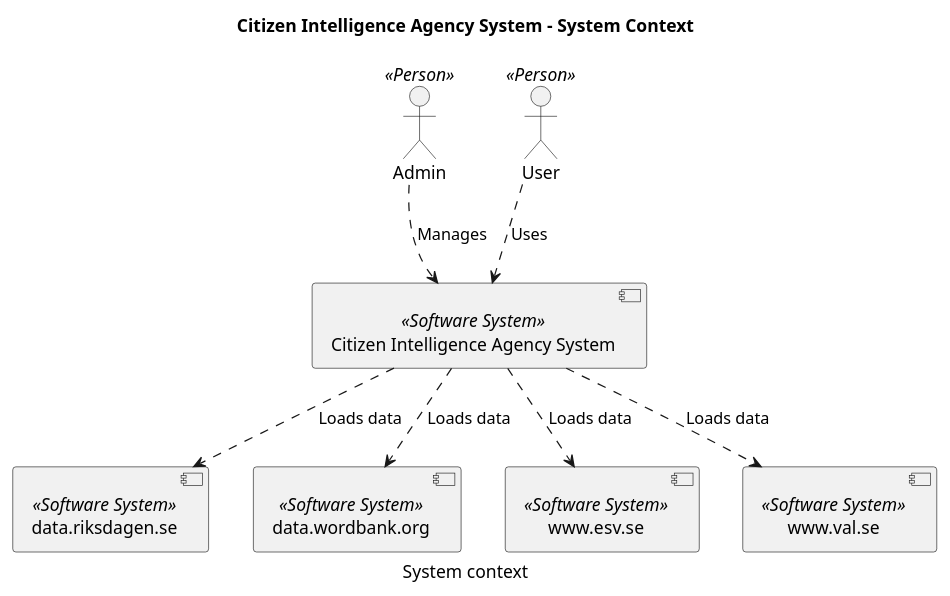
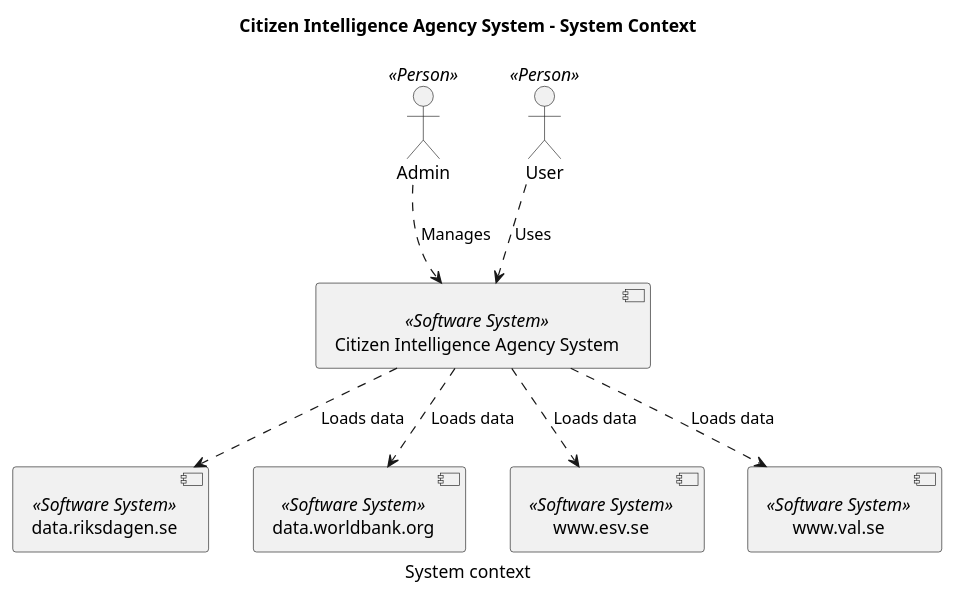
The diagram in architecture/Citizen-Intelligence-Agency-System-System-Context.pu (sjvs/cia), drawn with PlantUML before and after one commit. The commit also changed 1577 other files, not shown here.

```diff
--- a/architecture/Citizen-Intelligence-Agency-System-System-Context.pu
+++ b/architecture/Citizen-Intelligence-Agency-System-System-Context.pu
@@ -1,17 +1,17 @@
 @startuml
 title Citizen Intelligence Agency System - System Context
 caption System context
 actor "Admin" <<Person>> as 2
 component "Citizen Intelligence Agency System" <<Software System>> as 3
 actor "User" <<Person>> as 1
 component "data.riksdagen.se" <<Software System>> as 4
-component "data.wordbank.org" <<Software System>> as 5
+component "data.worldbank.org" <<Software System>> as 5
 component "www.esv.se" <<Software System>> as 7
 component "www.val.se" <<Software System>> as 6
 2 ..> 3 : Manages
 3 ..> 4 : Loads data
 3 ..> 5 : Loads data
 3 ..> 7 : Loads data
 3 ..> 6 : Loads data
 1 ..> 3 : Uses
 @enduml
```
